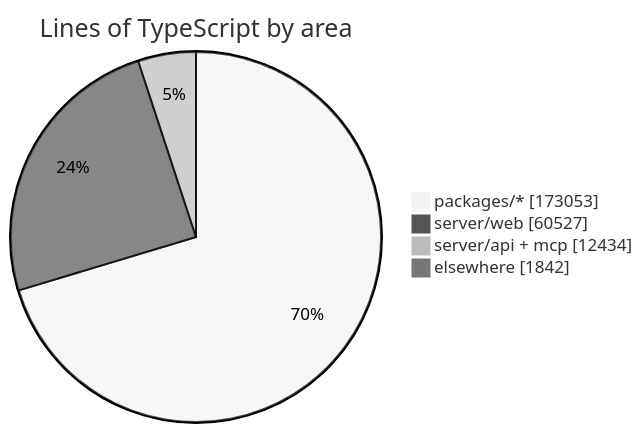
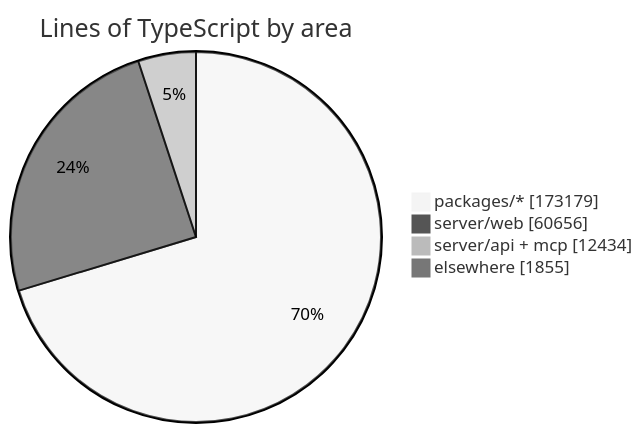
The diagram in README.md (crossworks-engineering/mantle), drawn with Mermaid (neutral theme) before and after one commit. The commit also changed other lines of this file and 2 other files, not shown here.

````diff
--- a/README.md
+++ b/README.md
@@ -279,7 +279,7 @@
 ```mermaid
 pie showData title Lines of TypeScript by area
-    "packages/*" : 173053
-    "server/web" : 60527
+    "packages/*" : 173179
+    "server/web" : 60656
     "server/api + mcp" : 12434
-    "elsewhere" : 1842
+    "elsewhere" : 1855
 ```
````
